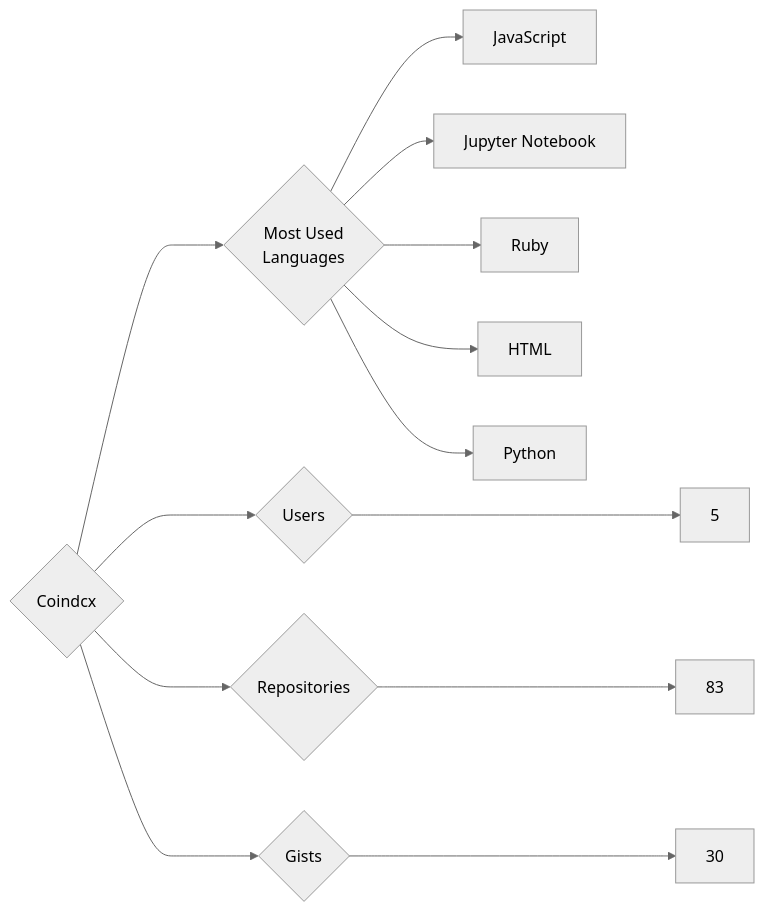
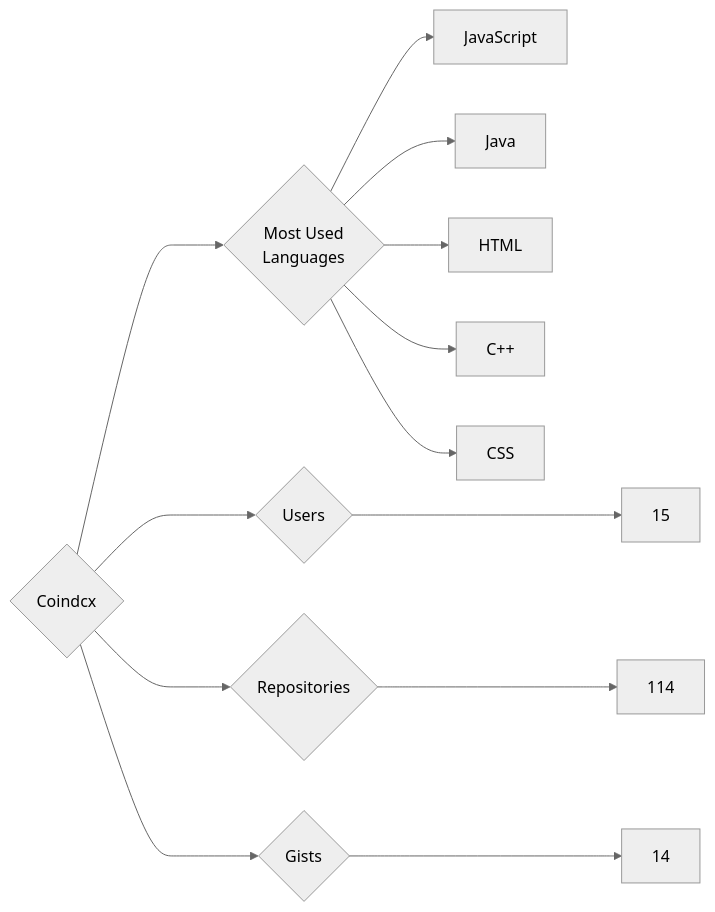
The diagram in targets/Coindcx/README.md (trickest/insiders), drawn with Mermaid (neutral theme) before and after one commit. The commit also changed 891 other files, not shown here.

````diff
--- a/targets/Coindcx/README.md
+++ b/targets/Coindcx/README.md
@@ -3,13 +3,13 @@
 ```mermaid
 graph LR
 COMPANY_NAME{Coindcx}
-COMPANY_NAME ---> U{Users} ---> UN[5]
-COMPANY_NAME ---> R{Repositories} ---> RN[83]
-COMPANY_NAME ---> G{Gists} ---> GN[30]
+COMPANY_NAME ---> U{Users} ---> UN[15]
+COMPANY_NAME ---> R{Repositories} ---> RN[114]
+COMPANY_NAME ---> G{Gists} ---> GN[14]
 COMPANY_NAME ---> ML{Most Used<br>Languages}
 ML --> JavaScript[JavaScript]
-ML --> Jupyter_Notebook[Jupyter Notebook]
-ML --> Ruby[Ruby]
+ML --> Java[Java]
 ML --> HTML[HTML]
-ML --> Python[Python]
+ML --> C++[C++]
+ML --> CSS[CSS]
 ```
````
